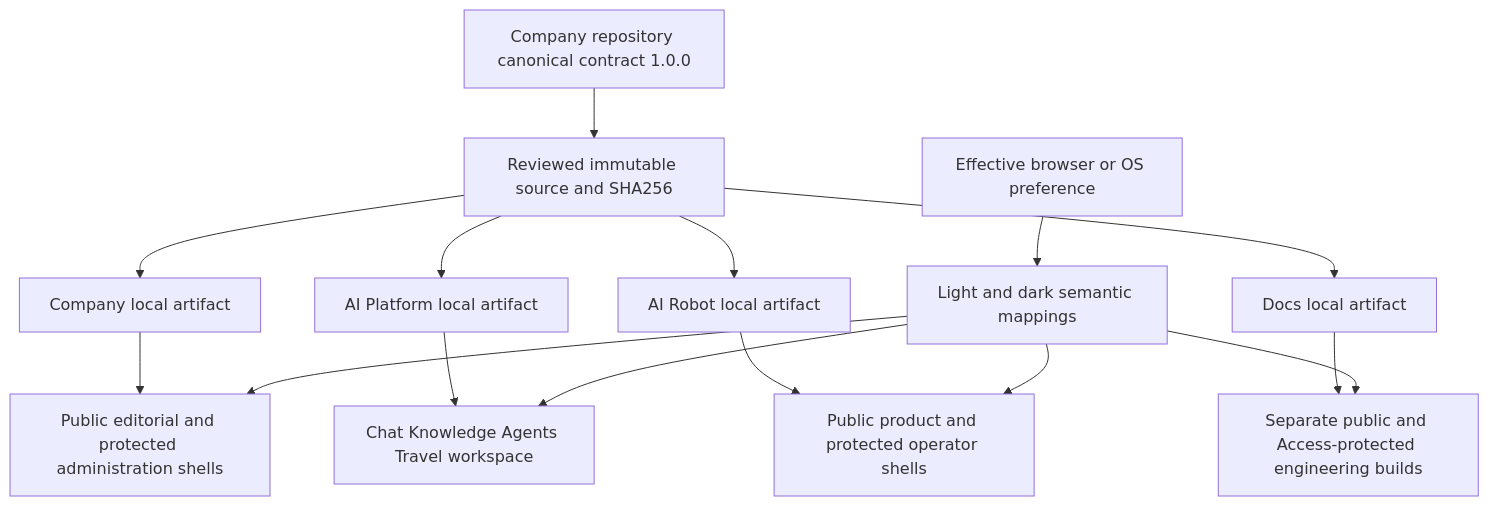
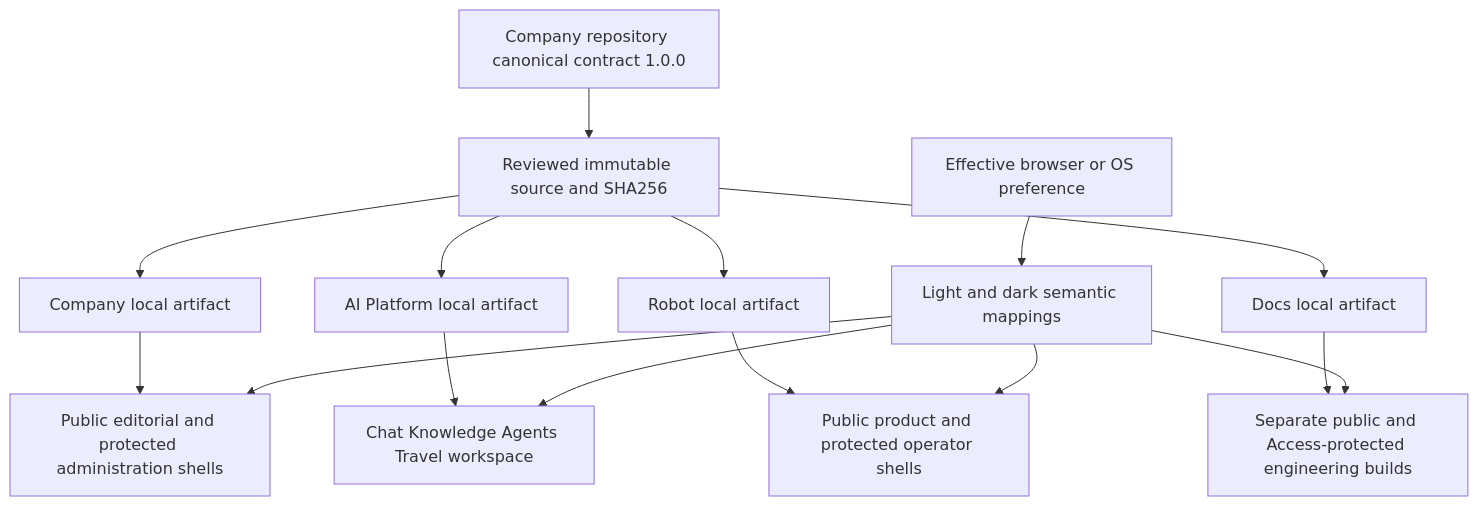
The diagram in docs/architecture/ONESA_DESIGN_SYSTEM.md (DruHustle/onesa-ai-platform), drawn with Mermaid before and after one commit. The commit also changed other lines of this file and 6 other files, not shown here.

````diff
--- a/docs/architecture/ONESA_DESIGN_SYSTEM.md
+++ b/docs/architecture/ONESA_DESIGN_SYSTEM.md
@@ -11,17 +11,17 @@
 ```mermaid
 flowchart TB
   Source[Company repository canonical contract 1.0.0] --> Review[Reviewed immutable source and SHA256]
   Review --> Company[Company local artifact]
   Review --> AI[AI Platform local artifact]
-  Review --> Robot[AI Robot local artifact]
+  Review --> Robot[Robot local artifact]
   Review --> Docs[Docs local artifact]
   Company --> Marketing[Public editorial and protected administration shells]
   AI --> Workspace[Chat Knowledge Agents Travel workspace]
   Robot --> Operator[Public product and protected operator shells]
   Docs --> Publication[Separate public and Access-protected engineering builds]
   Preference[Effective browser or OS preference] --> Semantic[Light and dark semantic mappings]
   Semantic --> Marketing
   Semantic --> Workspace
   Semantic --> Operator
   Semantic --> Publication
 ```
````
